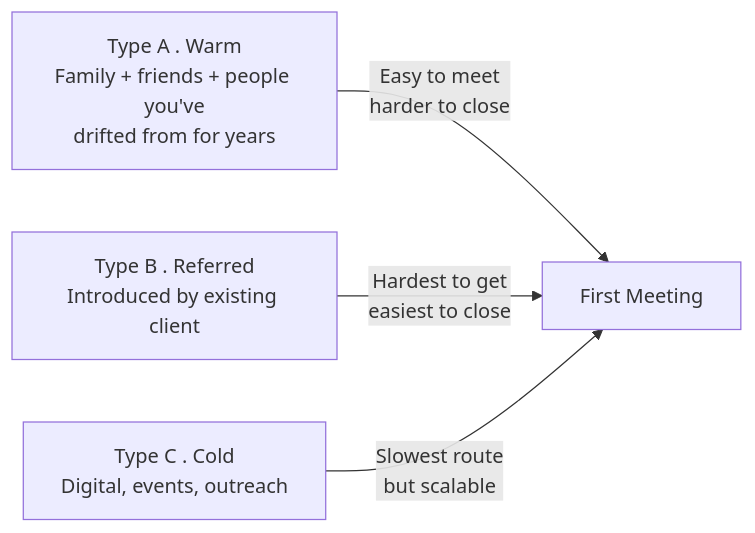
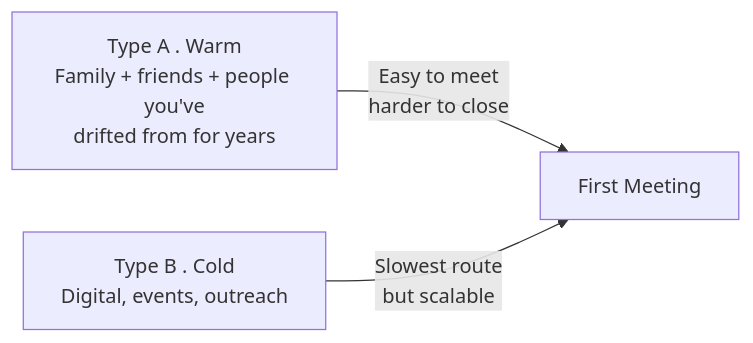
One commit to leotansingapore/aia-product-compass-hub changed the second of 4 diagrams in docs/first-60-days/week-7/day-37.md. Above: the diagram before and after it, drawn with Mermaid. The commit also changed other lines of this file, not shown here.

````diff
--- a/docs/first-60-days/week-7/day-37.md
+++ b/docs/first-60-days/week-7/day-37.md
@@ -52,9 +54,7 @@
 ```mermaid
 flowchart LR
     A["Type A . Warm<br/>Family + friends + people you've<br/>drifted from for years"]
-    B["Type B . Referred<br/>Introduced by existing client"]
-    C["Type C . Cold<br/>Digital, events, outreach"]
+    C["Type B . Cold<br/>Digital, events, outreach"]
     A -->|"Easy to meet<br/>harder to close"| M["First Meeting"]
-    B -->|"Hardest to get<br/>easiest to close"| M
     C -->|"Slowest route<br/>but scalable"| M
 ```
````
